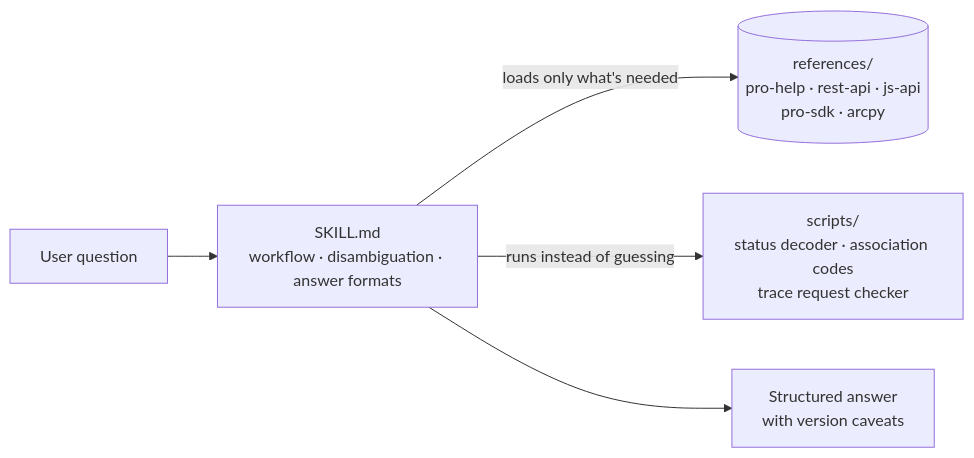
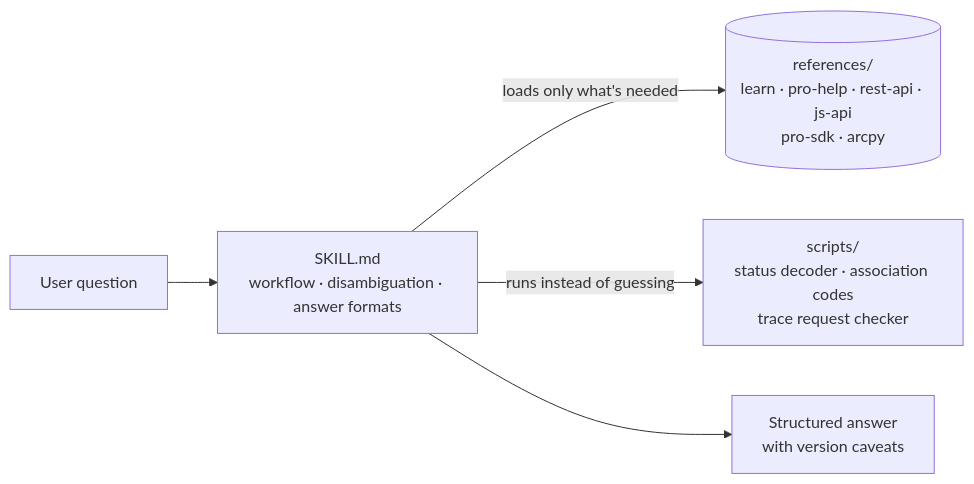
The diagram in README.md (sgdev279/esri-utility-network-skill), drawn with Mermaid before and after one commit. The commit also changed other lines of this file and 5 other files, not shown here.

````diff
--- a/README.md
+++ b/README.md
@@ -75,7 +75,7 @@
 ```mermaid
 flowchart LR
     Q[User question] --> S[SKILL.md<br/>workflow · disambiguation · answer formats]
-    S -->|loads only what's needed| R[(references/<br/>pro-help · rest-api · js-api<br/>pro-sdk · arcpy)]
+    S -->|loads only what's needed| R[(references/<br/>learn · pro-help · rest-api · js-api<br/>pro-sdk · arcpy)]
     S -->|runs instead of guessing| T[scripts/<br/>status decoder · association codes<br/>trace request checker]
     S --> A[Structured answer<br/>with version caveats]
 ```
````
